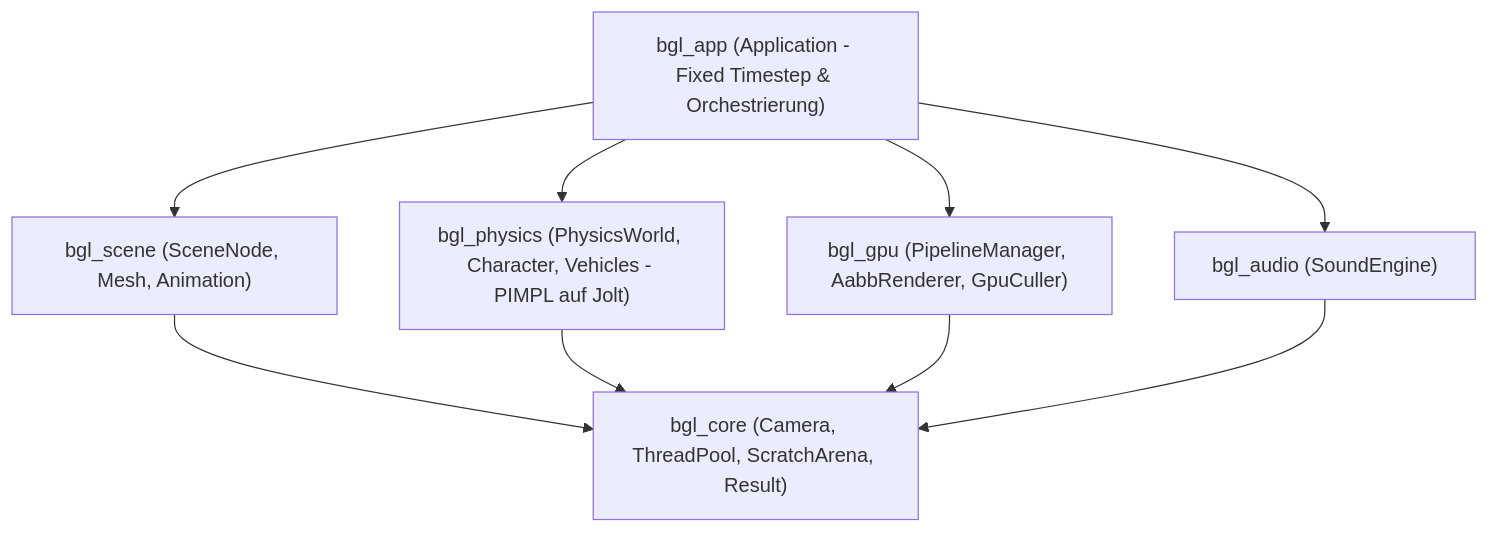
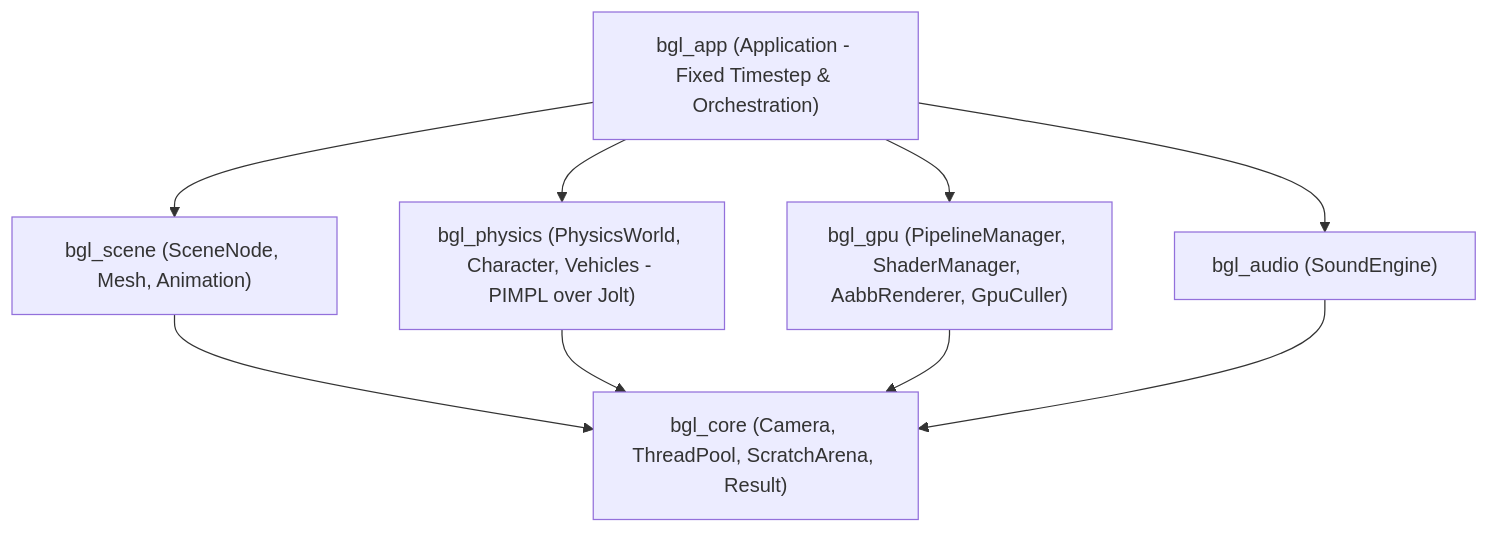
One commit to bkuolt/web-assembly-demo changed the second of 3 diagrams in docs/FEATURE_AND_PHYSICS_REPORT.md. Above: the diagram before and after it, drawn with Mermaid. The commit also changed other lines of this file and 27 other files, not shown here.

Commit message:
ci,gpu: finalize GitHub/local CI pipeline, Pages WASM deployment, and instanced vertex layout fixes

````diff
--- a/docs/FEATURE_AND_PHYSICS_REPORT.md
+++ b/docs/FEATURE_AND_PHYSICS_REPORT.md
@@ -208,18 +195,18 @@
 ```mermaid
 flowchart TD
-    APP["bgl_app (Application - Fixed Timestep & Orchestrierung)"]
+    APP["bgl_app (Application - Fixed Timestep & Orchestration)"]
     SCENE["bgl_scene (SceneNode, Mesh, Animation)"]
-    PHYS["bgl_physics (PhysicsWorld, Character, Vehicles - PIMPL auf Jolt)"]
-    GPU["bgl_gpu (PipelineManager, AabbRenderer, GpuCuller)"]
+    PHYS["bgl_physics (PhysicsWorld, Character, Vehicles - PIMPL over Jolt)"]
+    GPU["bgl_gpu (PipelineManager, ShaderManager, AabbRenderer, GpuCuller)"]
     AUDIO["bgl_audio (SoundEngine)"]
     CORE["bgl_core (Camera, ThreadPool, ScratchArena, Result)"]
 
     APP --> SCENE
     APP --> PHYS
     APP --> GPU
     APP --> AUDIO
     SCENE --> CORE
     PHYS --> CORE
     GPU --> CORE
     AUDIO --> CORE
 ```
````
